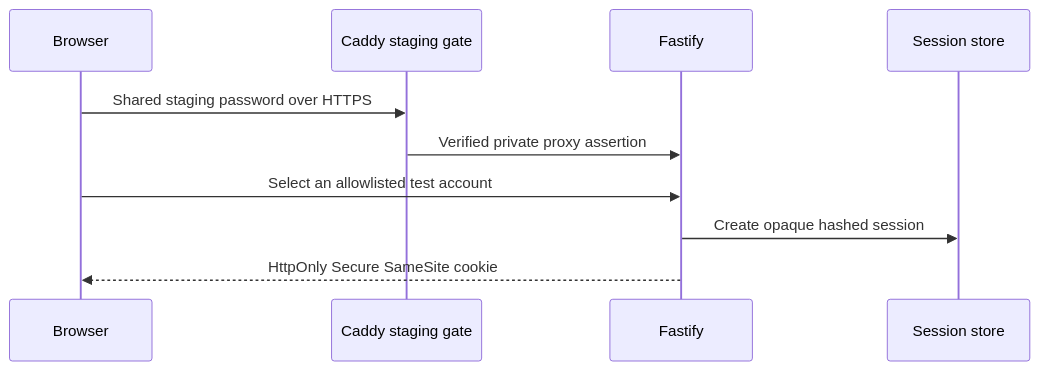
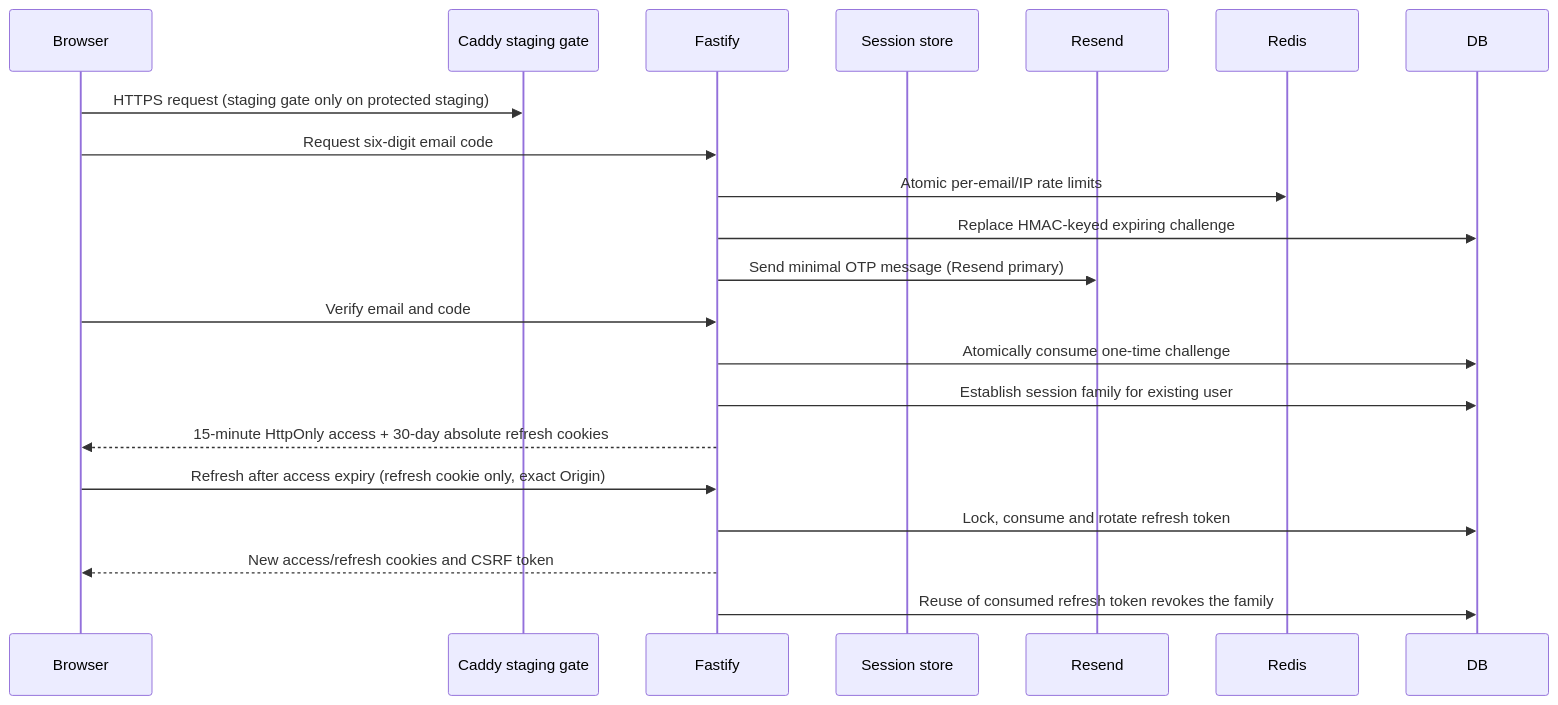
The fourth of 5 diagrams in docs/ARCHITECTURE.md (varunjakkampudi-tech/CareerScope), drawn with Mermaid before and after one commit. The commit also changed other lines of this file and 53 other files, not shown here.

Commit message:
chore: preserve email-otp work for owner-authorized consolidation

````diff
--- a/docs/ARCHITECTURE.md
+++ b/docs/ARCHITECTURE.md
@@ -61,12 +61,21 @@
 ```mermaid
 sequenceDiagram
   participant B as Browser
   participant C as Caddy staging gate
   participant A as Fastify
   participant S as Session store
-  B->>C: Shared staging password over HTTPS
-  C->>A: Verified private proxy assertion
-  B->>A: Select an allowlisted test account
-  A->>S: Create opaque hashed session
-  A-->>B: HttpOnly Secure SameSite cookie
+  participant R as Resend
+  B->>C: HTTPS request (staging gate only on protected staging)
+  B->>A: Request six-digit email code
+  A->>Redis: Atomic per-email/IP rate limits
+  A->>DB: Replace HMAC-keyed expiring challenge
+  A->>R: Send minimal OTP message (Resend primary)
+  B->>A: Verify email and code
+  A->>DB: Atomically consume one-time challenge
+  A->>DB: Establish session family for existing user
+  A-->>B: 15-minute HttpOnly access + 30-day absolute refresh cookies
+  B->>A: Refresh after access expiry (refresh cookie only, exact Origin)
+  A->>DB: Lock, consume and rotate refresh token
+  A-->>B: New access/refresh cookies and CSRF token
+  A->>DB: Reuse of consumed refresh token revokes the family
 ```
````
